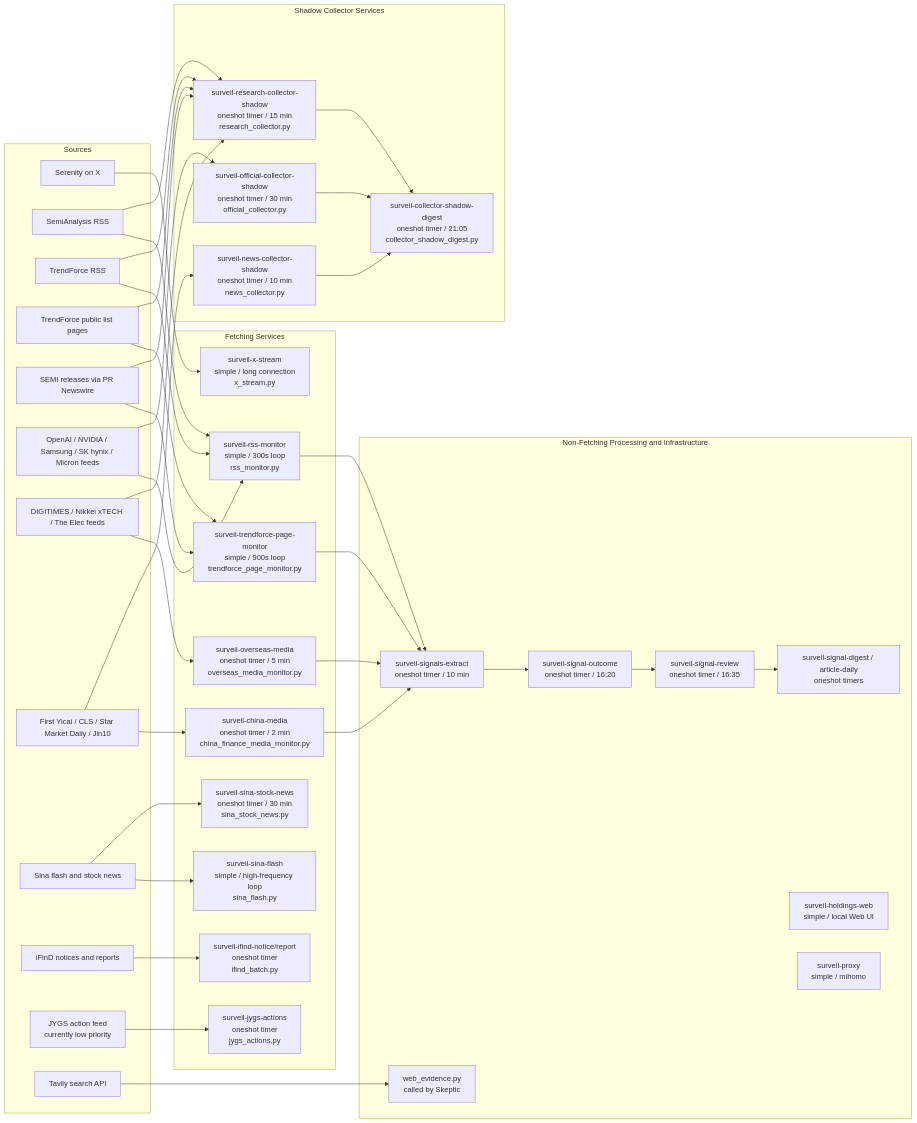
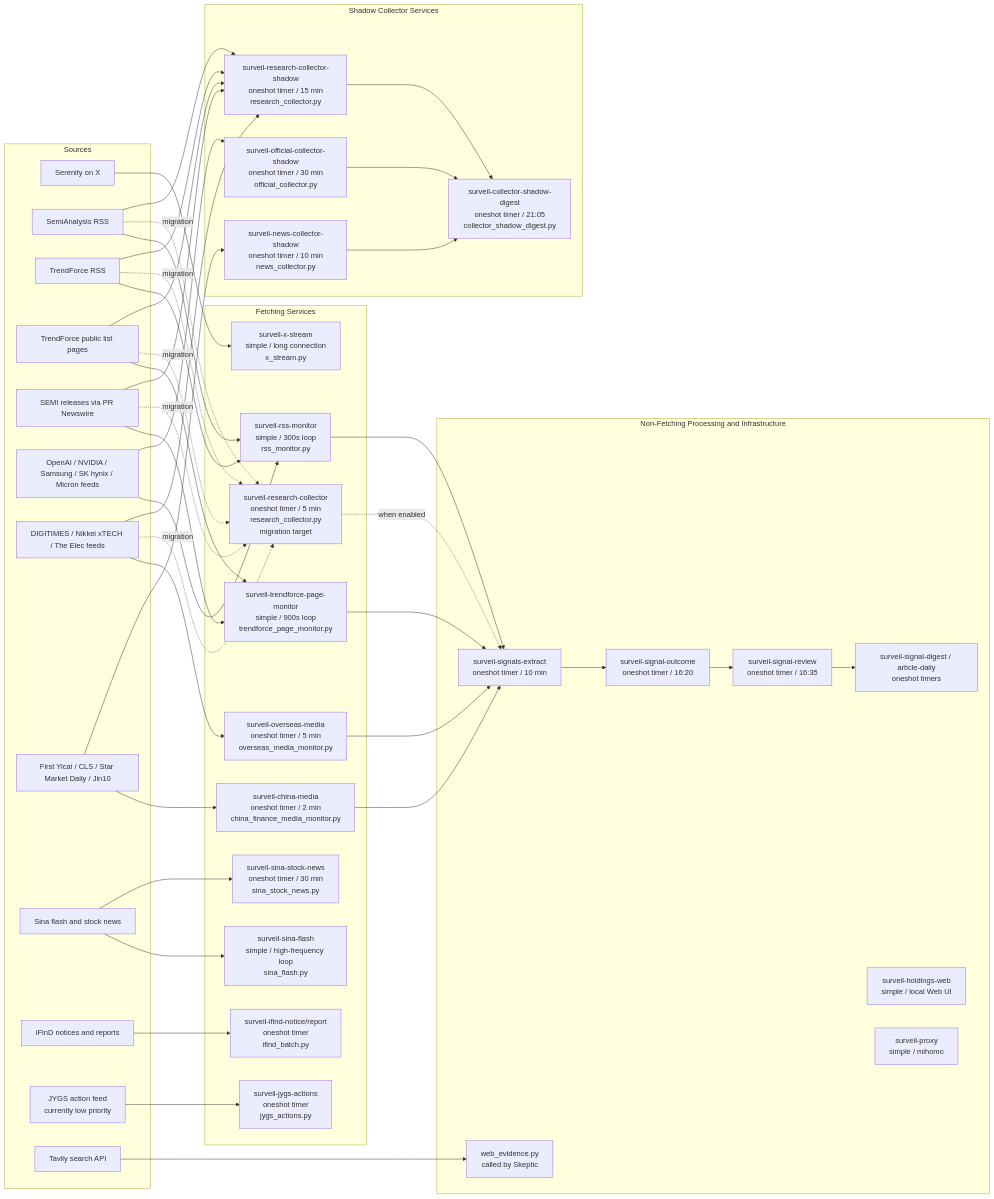
Before and after one commit to Stayfoool/MarketPulseWire: the second of 5 diagrams in docs/architecture-flow.md, drawn with Mermaid. The commit also changed other lines of this file and 8 other files, not shown here.

Commit message:
Add production research collector unit

````diff
--- a/docs/architecture-flow.md
+++ b/docs/architecture-flow.md
@@ -112,75 +112,82 @@
 ```mermaid
 flowchart LR
     subgraph Sources["Sources"]
         Serenity["Serenity on X"]
         SemiAnalysis["SemiAnalysis RSS"]
         TrendRSS["TrendForce RSS"]
         TrendPages["TrendForce public list pages"]
         SemiPR["SEMI releases via PR Newswire"]
         CompanyFeeds["OpenAI / NVIDIA / Samsung / SK hynix / Micron feeds"]
         OverseasFeeds["DIGITIMES / Nikkei xTECH / The Elec feeds"]
         Domestic["First Yicai / CLS / Star Market Daily / Jin10"]
         Sina["Sina flash and stock news"]
         IfindSource["iFinD notices and reports"]
         JYGSSource["JYGS action feed<br/>currently low priority"]
         EvidenceAPI["Tavily search API"]
     end
 
     subgraph FetchingServices["Fetching Services"]
         XSvc["surveil-x-stream<br/>simple / long connection<br/>x_stream.py"]
         RSSSvc["surveil-rss-monitor<br/>simple / 300s loop<br/>rss_monitor.py"]
         TrendSvc["surveil-trendforce-page-monitor<br/>simple / 900s loop<br/>trendforce_page_monitor.py"]
         OverseasSvc["surveil-overseas-media<br/>oneshot timer / 5 min<br/>overseas_media_monitor.py"]
         ChinaSvc["surveil-china-media<br/>oneshot timer / 2 min<br/>china_finance_media_monitor.py"]
         SinaFlashSvc["surveil-sina-flash<br/>simple / high-frequency loop<br/>sina_flash.py"]
         SinaStockSvc["surveil-sina-stock-news<br/>oneshot timer / 30 min<br/>sina_stock_news.py"]
         IfindSvc["surveil-ifind-notice/report<br/>oneshot timer<br/>ifind_batch.py"]
         JYGSSvc["surveil-jygs-actions<br/>oneshot timer<br/>jygs_actions.py"]
+        ResearchProd["surveil-research-collector<br/>oneshot timer / 5 min<br/>research_collector.py<br/>migration target"]
     end
 
     subgraph ShadowServices["Shadow Collector Services"]
         ResearchShadow["surveil-research-collector-shadow<br/>oneshot timer / 15 min<br/>research_collector.py"]
         OfficialShadow["surveil-official-collector-shadow<br/>oneshot timer / 30 min<br/>official_collector.py"]
         NewsShadow["surveil-news-collector-shadow<br/>oneshot timer / 10 min<br/>news_collector.py"]
         ShadowDigest["surveil-collector-shadow-digest<br/>oneshot timer / 21:05<br/>collector_shadow_digest.py"]
     end
 
     subgraph ProcessingServices["Non-Fetching Processing and Infrastructure"]
         SignalExtractSvc["surveil-signals-extract<br/>oneshot timer / 10 min"]
         OutcomeSvc["surveil-signal-outcome<br/>oneshot timer / 16:20"]
         ReviewSvc["surveil-signal-review<br/>oneshot timer / 16:35"]
         DigestSvc["surveil-signal-digest / article-daily<br/>oneshot timers"]
         WebSvc["surveil-holdings-web<br/>simple / local Web UI"]
         ProxySvc["surveil-proxy<br/>simple / mihomo"]
         EvidenceMod["web_evidence.py<br/>called by Skeptic"]
     end
 
     Serenity --> XSvc
     SemiAnalysis --> RSSSvc
+    SemiAnalysis -. migration .-> ResearchProd
     SemiAnalysis --> ResearchShadow
     TrendRSS --> RSSSvc
+    TrendRSS -. migration .-> ResearchProd
     TrendRSS --> ResearchShadow
     CompanyFeeds --> RSSSvc
     CompanyFeeds --> OfficialShadow
     TrendPages --> TrendSvc
+    TrendPages -. migration .-> ResearchProd
     TrendPages --> ResearchShadow
     SemiPR --> TrendSvc
+    SemiPR -. migration .-> ResearchProd
     SemiPR --> ResearchShadow
     OverseasFeeds --> OverseasSvc
+    OverseasFeeds -. migration .-> ResearchProd
     OverseasFeeds --> ResearchShadow
     Domestic --> ChinaSvc
     Domestic --> NewsShadow
     Sina --> SinaFlashSvc
     Sina --> SinaStockSvc
     IfindSource --> IfindSvc
     JYGSSource --> JYGSSvc
     EvidenceAPI --> EvidenceMod
     RSSSvc --> SignalExtractSvc
     TrendSvc --> SignalExtractSvc
     OverseasSvc --> SignalExtractSvc
+    ResearchProd -. when enabled .-> SignalExtractSvc
     ChinaSvc --> SignalExtractSvc
     ResearchShadow --> ShadowDigest
     OfficialShadow --> ShadowDigest
     NewsShadow --> ShadowDigest
     SignalExtractSvc --> OutcomeSvc --> ReviewSvc --> DigestSvc
 ```
````
